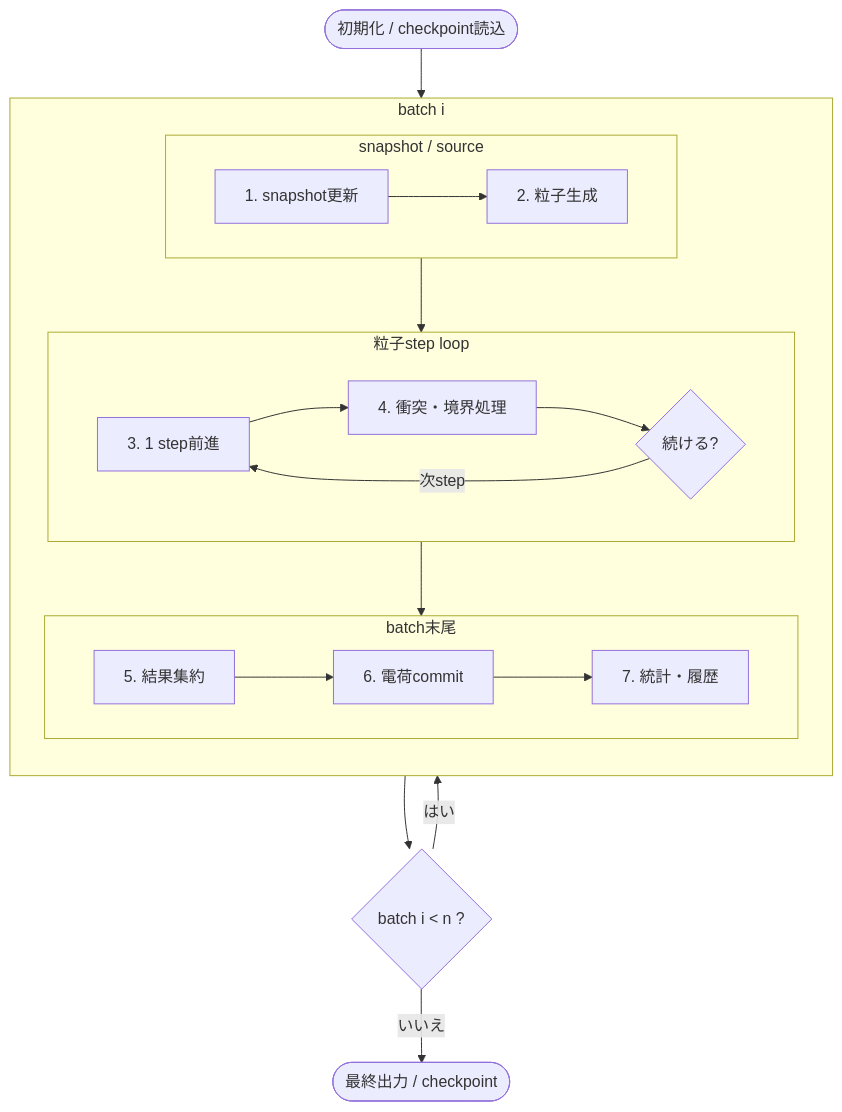
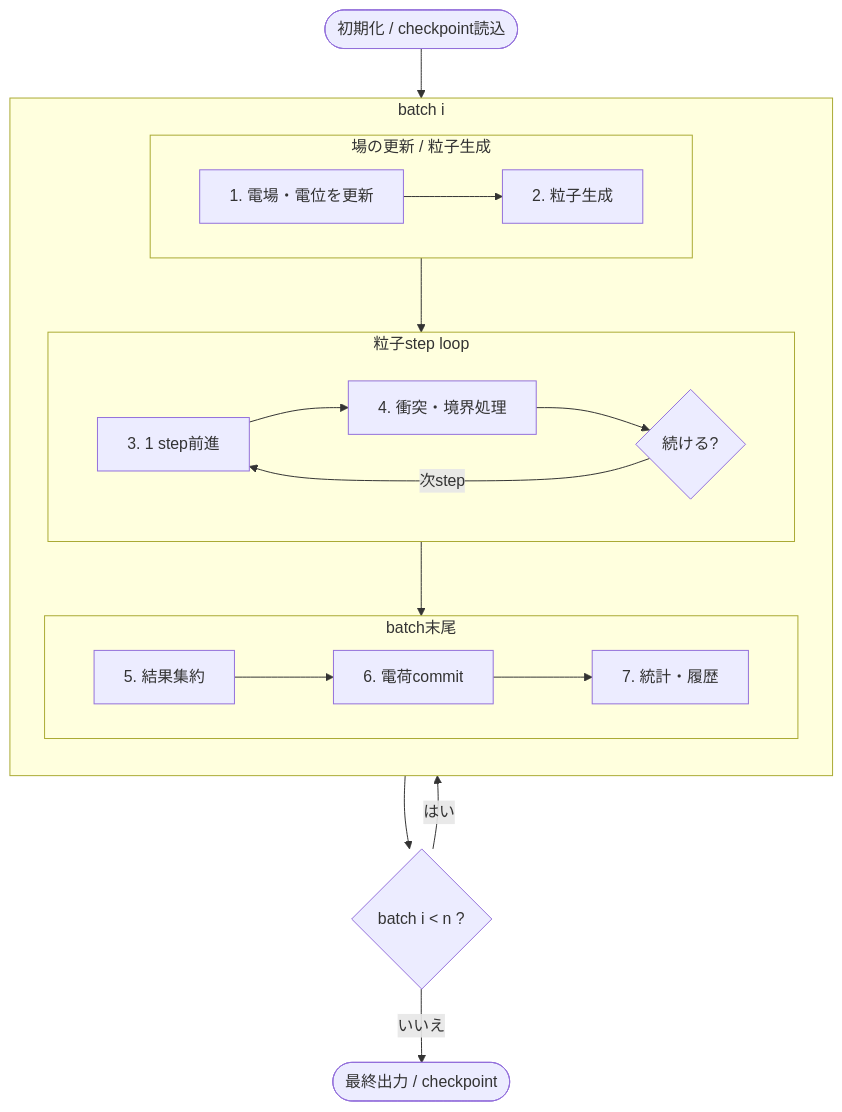
One commit to Nkzono99/BEACH changed the diagram in docs/Algorithms.md. Above: the diagram before and after it, drawn with Mermaid. The commit also changed other lines of this file and 24 other files, not shown here.

````diff
--- a/docs/Algorithms.md
+++ b/docs/Algorithms.md
@@ -16,32 +16,32 @@
 ```mermaid
 flowchart TD
     start(["初期化 / checkpoint読込"])
     more{"batch i < n ?"}
 
     subgraph batch["batch i"]
         direction TB
-        subgraph prepare["snapshot / source"]
+        subgraph prepare["場の更新 / 粒子生成"]
             direction LR
-            p1["1. snapshot更新"] --> p2["2. 粒子生成"]
+            p1["1. 電場・電位を更新"] --> p2["2. 粒子生成"]
         end
 
         subgraph particle_loop["粒子step loop"]
             direction LR
             p3["3. 1 step前進"] --> p4["4. 衝突・境界処理"] --> tracking{"続ける?"}
             tracking -- "次step" --> p3
         end
 
         subgraph batch_end["batch末尾"]
             direction LR
             p5["5. 結果集約"] --> p6["6. 電荷commit"] --> p7["7. 統計・履歴"]
         end
 
         prepare --> particle_loop --> batch_end
     end
 
     finish(["最終出力 / checkpoint"])
     start --> prepare
     more -- "はい" --> prepare
     batch_end --> more
     more -- "いいえ" --> finish
 ```
````
